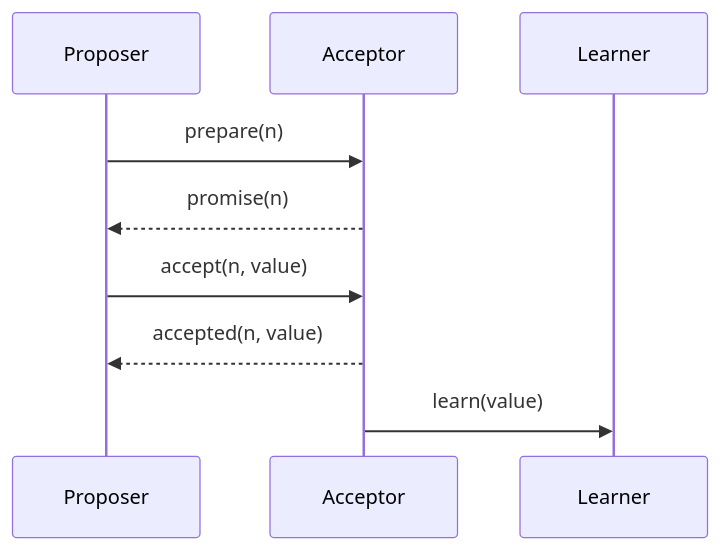
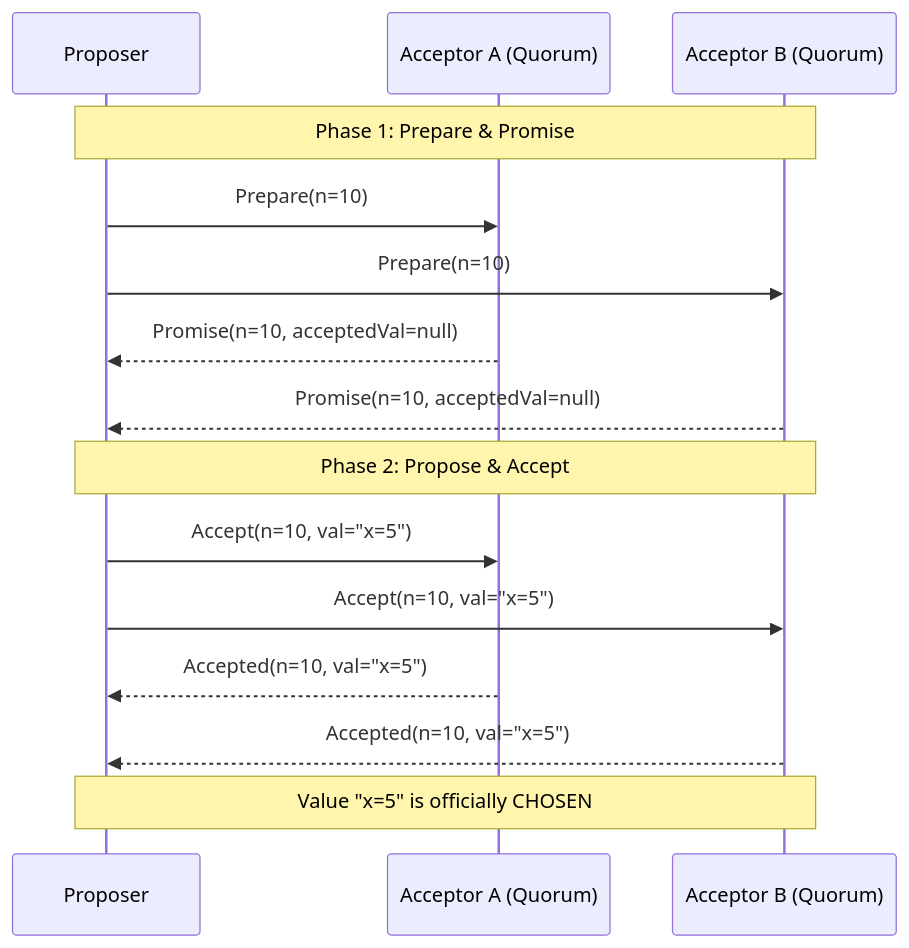
One commit to akshay-k-r/Interview-Prep-Resource changed the diagram in src/pages/02-hld/distributed-systems/paxos/index.mdx. Above: the diagram before and after it, drawn with Mermaid. The commit also changed other lines of this file and 179 other files, not shown here.

````diff
--- a/src/pages/02-hld/distributed-systems/paxos/index.mdx
+++ b/src/pages/02-hld/distributed-systems/paxos/index.mdx
@@ -29,12 +65,19 @@
 ```mermaid
 sequenceDiagram
-    participant P as Proposer
-    participant A as Acceptor
-    participant L as Learner
+    participant Proposer
+    participant AcceptorA as Acceptor A (Quorum)
+    participant AcceptorB as Acceptor B (Quorum)
 
-    P->>A: prepare(n)
-    A-->>P: promise(n)
-    P->>A: accept(n, value)
-    A-->>P: accepted(n, value)
-    A->>L: learn(value)
+    Note over Proposer, AcceptorB: Phase 1: Prepare & Promise
+    Proposer->>AcceptorA: Prepare(n=10)
+    Proposer->>AcceptorB: Prepare(n=10)
+    AcceptorA-->>Proposer: Promise(n=10, acceptedVal=null)
+    AcceptorB-->>Proposer: Promise(n=10, acceptedVal=null)
+
+    Note over Proposer, AcceptorB: Phase 2: Propose & Accept
+    Proposer->>AcceptorA: Accept(n=10, val="x=5")
+    Proposer->>AcceptorB: Accept(n=10, val="x=5")
+    AcceptorA-->>Proposer: Accepted(n=10, val="x=5")
+    AcceptorB-->>Proposer: Accepted(n=10, val="x=5")
+    Note over Proposer, AcceptorB: Value "x=5" is officially CHOSEN
 ```
````
